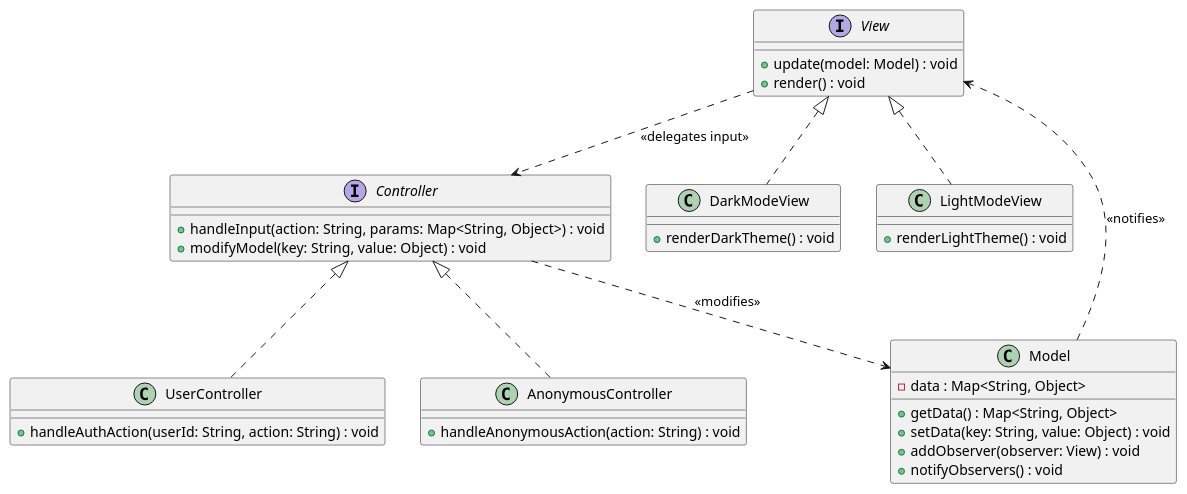
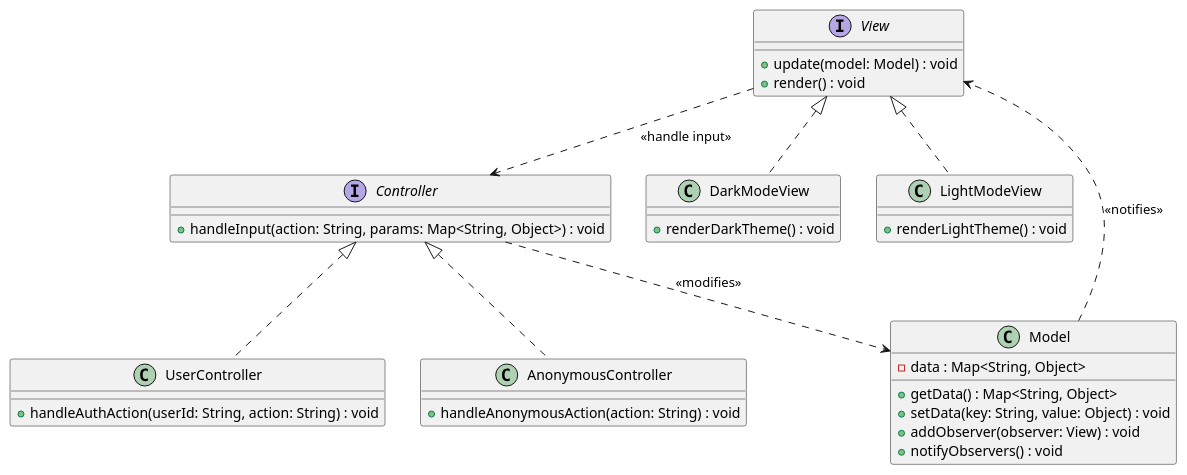
Before and after one commit to mrzzy/ntu-sc2006-notes: the diagram in docs/system-design/model-view-controller.md, drawn with PlantUML. The commit also changed 1 other file, not shown here.

Commit message:
fix: defensive testing should include both valid + invalid inputs

````diff
--- a/docs/system-design/model-view-controller.md
+++ b/docs/system-design/model-view-controller.md
@@ -3,47 +3,46 @@
 ```plantuml
 @startuml
 ' Define Interfaces
 interface View {
     + update(model: Model) : void
     + render() : void
 }
 
 interface Controller {
     + handleInput(action: String, params: Map<String, Object>) : void
-    + modifyModel(key: String, value: Object) : void
 }
 
 ' Define Classes
 class Model {
     - data : Map<String, Object>
     + getData() : Map<String, Object>
     + setData(key: String, value: Object) : void
     + addObserver(observer: View) : void
     + notifyObservers() : void
 }
 
 class DarkModeView implements View {
     + renderDarkTheme() : void
 }
 
 class LightModeView implements View {
     + renderLightTheme() : void
 }
 
 class UserController implements Controller {
     + handleAuthAction(userId: String, action: String) : void
 }
 
 class AnonymousController implements Controller {
     + handleAnonymousAction(action: String) : void
 }
 
 ' Define Relationships
 
 Model ..> View : <<notifies>>
 Controller ..> Model : <<modifies>>
-View ..> Controller : <<delegates input>>
+View ..> Controller : <<handle input>>
 
 @enduml
 
 ```
````
